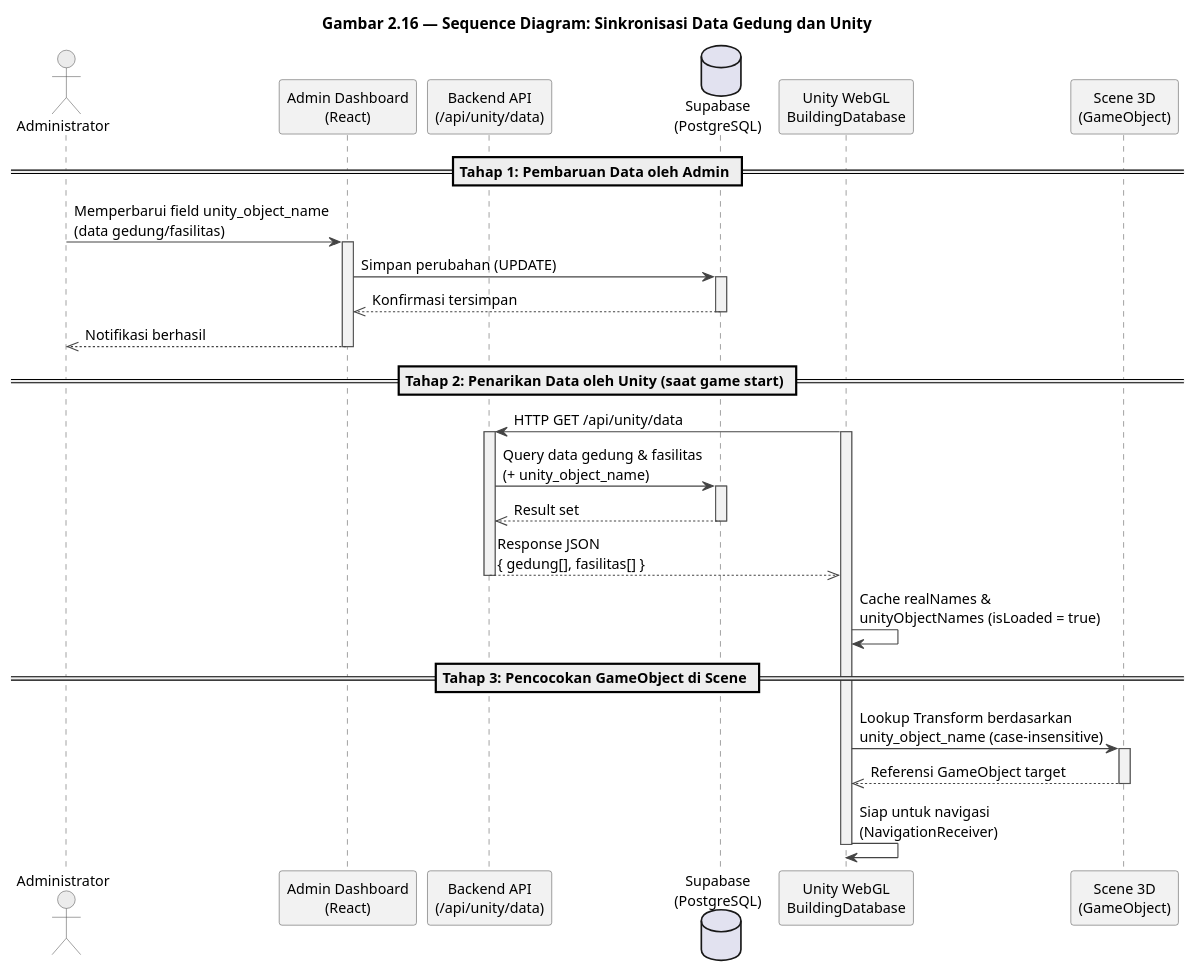
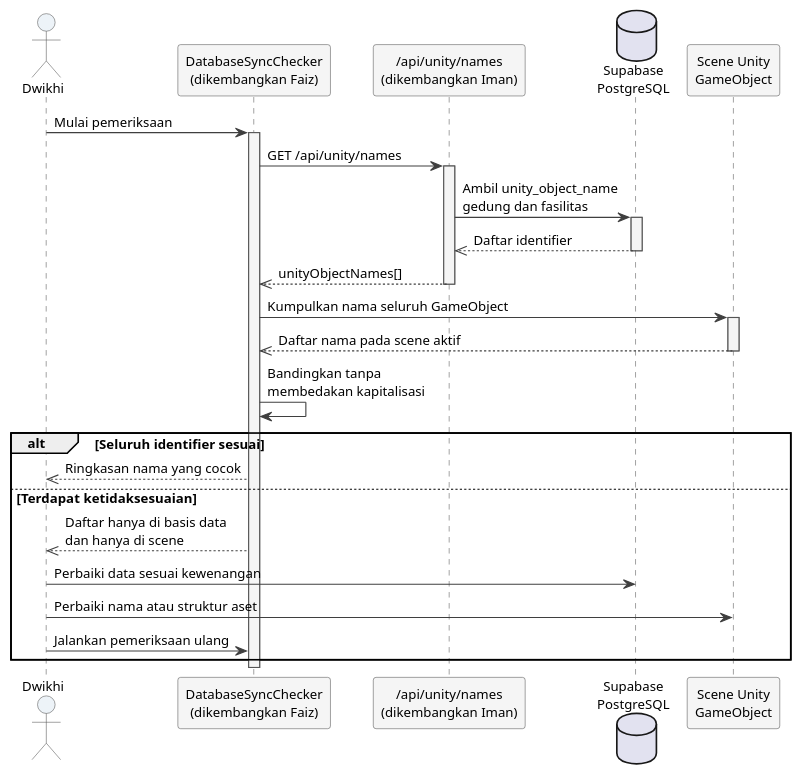
The diagram in diagrams/gambar-2.16-sequence-sinkronisasi-data-unity.puml (Jokskuyy/workflow-ta-proyek), drawn with PlantUML before and after one commit. The commit also changed 66 other files, not shown here.

Commit message:
docs(dwikhi): fokuskan laporan pada aset dan basis data

```diff
--- a/diagrams/gambar-2.16-sequence-sinkronisasi-data-unity.puml
+++ b/diagrams/gambar-2.16-sequence-sinkronisasi-data-unity.puml
@@ -1,60 +1,53 @@
-@startuml gambar-2-16-sequence-sinkronisasi-data-unity
-' Gambar 2.16 - Sequence Diagram: Sinkronisasi Data Gedung dan Unity
-' Sumber: BAB II - 2.3.3 Sequence Diagram (b) + PRD (alur unity_object_name)
+@startuml gambar-2-16-sequence-validasi-aset-data
 
 skinparam backgroundColor #FFFFFF
 skinparam shadowing false
-skinparam defaultFontName "Segoe UI"
-skinparam defaultFontSize 13
-skinparam sequenceArrowColor #444444
+skinparam defaultFontName "Times New Roman"
+skinparam defaultFontSize 12
+skinparam sequenceArrowColor #3F3F3F
 skinparam sequenceLifeLineBorderColor #555555
-skinparam sequenceLifeLineBackgroundColor #F2F2F2
+skinparam sequenceLifeLineBackgroundColor #F5F5F5
 skinparam participant {
-  BackgroundColor #F2F2F2
+  BackgroundColor #F5F5F5
   BorderColor #555555
 }
 skinparam actor {
-  BackgroundColor #ECECEC
+  BackgroundColor #EDF3F8
   BorderColor #555555
 }
 
-title Gambar 2.16 — Sequence Diagram: Sinkronisasi Data Gedung dan Unity
+actor "Dwikhi" as Designer
+participant "DatabaseSyncChecker\n(dikembangkan Faiz)" as Checker
+participant "/api/unity/names\n(dikembangkan Iman)" as API
+database "Supabase\nPostgreSQL" as DB
+participant "Scene Unity\nGameObject" as Scene
 
-actor "Administrator" as Admin
-participant "Admin Dashboard\n(React)" as FE
-participant "Backend API\n(/api/unity/data)" as API
-database "Supabase\n(PostgreSQL)" as DB
-participant "Unity WebGL\nBuildingDatabase" as Unity
-participant "Scene 3D\n(GameObject)" as Scene
+Designer -> Checker : Mulai pemeriksaan
+activate Checker
+Checker -> API : GET /api/unity/names
+activate API
+API -> DB : Ambil unity_object_name\ngedung dan fasilitas
+activate DB
+DB -->> API : Daftar identifier
+deactivate DB
+API -->> Checker : unityObjectNames[]
+deactivate API
 
-== Tahap 1: Pembaruan Data oleh Admin ==
-Admin -> FE : Memperbarui field unity_object_name\n(data gedung/fasilitas)
-activate FE
-FE -> DB : Simpan perubahan (UPDATE)
-activate DB
-DB -->> FE : Konfirmasi tersimpan
-deactivate DB
-FE -->> Admin : Notifikasi berhasil
-deactivate FE
+Checker -> Scene : Kumpulkan nama seluruh GameObject
+activate Scene
+Scene -->> Checker : Daftar nama pada scene aktif
+deactivate Scene
+Checker -> Checker : Bandingkan tanpa\nmembedakan kapitalisasi
 
-== Tahap 2: Penarikan Data oleh Unity (saat game start) ==
-Unity -> API : HTTP GET /api/unity/data
-activate Unity
-activate API
-API -> DB : Query data gedung & fasilitas\n(+ unity_object_name)
-activate DB
-DB -->> API : Result set
-deactivate DB
-API -->> Unity : Response JSON\n{ gedung[], fasilitas[] }
-deactivate API
-Unity -> Unity : Cache realNames &\nunityObjectNames (isLoaded = true)
+alt Seluruh identifier sesuai
+  Checker -->> Designer : Ringkasan nama yang cocok
+else Terdapat ketidaksesuaian
+  Checker -->> Designer : Daftar hanya di basis data\ndan hanya di scene
+  Designer -> DB : Perbaiki data sesuai kewenangan
+  Designer -> Scene : Perbaiki nama atau struktur aset
+  Designer -> Checker : Jalankan pemeriksaan ulang
+end
 
-== Tahap 3: Pencocokan GameObject di Scene ==
-Unity -> Scene : Lookup Transform berdasarkan\nunity_object_name (case-insensitive)
-activate Scene
-Scene -->> Unity : Referensi GameObject target
-deactivate Scene
-Unity -> Unity : Siap untuk navigasi\n(NavigationReceiver)
-deactivate Unity
+deactivate Checker
 
 @enduml
```
